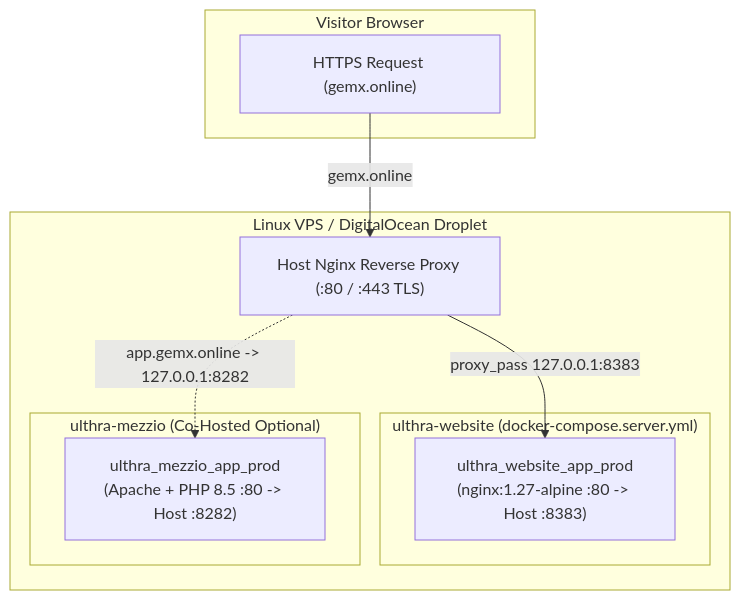
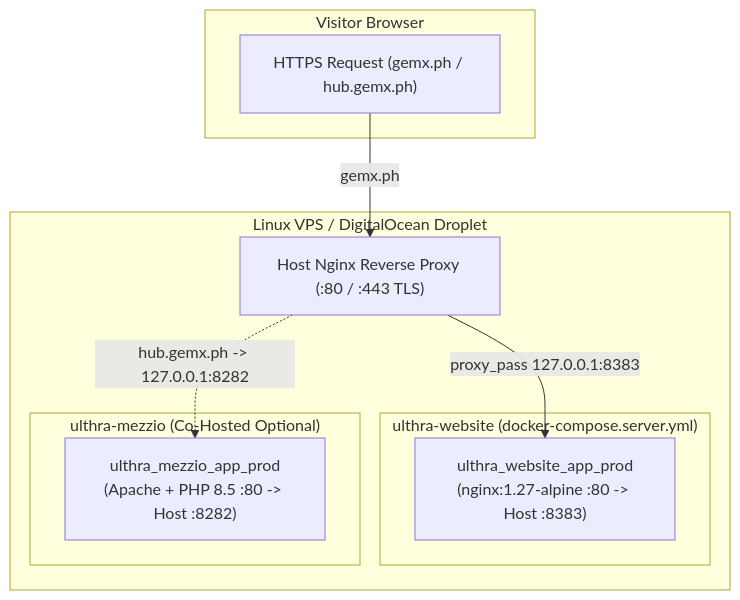
The diagram in DEPLOYMENT.md (mlmontes07/gemx-site), drawn with Mermaid before and after one commit. The commit also changed other lines of this file and 84 other files, not shown here.

````diff
--- a/DEPLOYMENT.md
+++ b/DEPLOYMENT.md
@@ -30,22 +30,22 @@
 ```mermaid
 flowchart TB
     subgraph Client["Visitor Browser"]
-        HTTPS["HTTPS Request (gemx.online)"]
+        HTTPS["HTTPS Request (gemx.ph / hub.gemx.ph)"]
     end
 
     subgraph HostVPS["Linux VPS / DigitalOcean Droplet"]
         HostNginx["Host Nginx Reverse Proxy (:80 / :443 TLS)"]
 
         subgraph WebsiteDocker["ulthra-website (docker-compose.server.yml)"]
             WebContainer["ulthra_website_app_prod\n(nginx:1.27-alpine :80 -> Host :8383)"]
         end
 
         subgraph HrisDocker["ulthra-mezzio (Co-Hosted Optional)"]
             HrisContainer["ulthra_mezzio_app_prod\n(Apache + PHP 8.5 :80 -> Host :8282)"]
         end
     end
 
-    HTTPS -->|gemx.online| HostNginx
+    HTTPS -->|gemx.ph| HostNginx
     HostNginx -->|proxy_pass 127.0.0.1:8383| WebContainer
-    HostNginx -.->|app.gemx.online -> 127.0.0.1:8282| HrisContainer
+    HostNginx -.->|hub.gemx.ph -> 127.0.0.1:8282| HrisContainer
 ```
````
